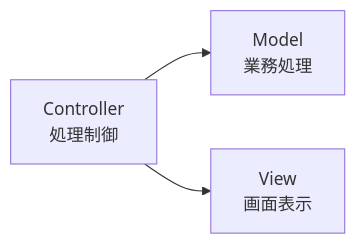
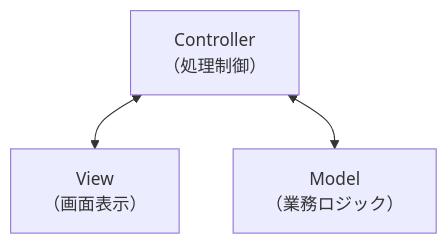
One commit to shunikd/terasoluna-training changed the first of 7 diagrams in 04_web-application/04_mvc.md. Above: the diagram before and after it, drawn with Mermaid. The commit also changed other lines of this file and 1 other file, not shown here.

````diff
--- a/04_web-application/04_mvc.md
+++ b/04_web-application/04_mvc.md
@@ -37,13 +19,14 @@
 ```mermaid
-flowchart LR
+flowchart TD
 
-    Controller[Controller<br/>処理制御]
+    Controller[Controller<br>（処理制御）]
 
-    Model[Model<br/>業務処理]
+    Model[Model<br>（業務ロジック）]
 
-    View[View<br/>画面表示]
+    View[View<br>（画面表示）]
 
-    Controller --> Model
+    Controller <--> View
 
-    Controller --> View
+    Controller <--> Model
+
 ```
````
